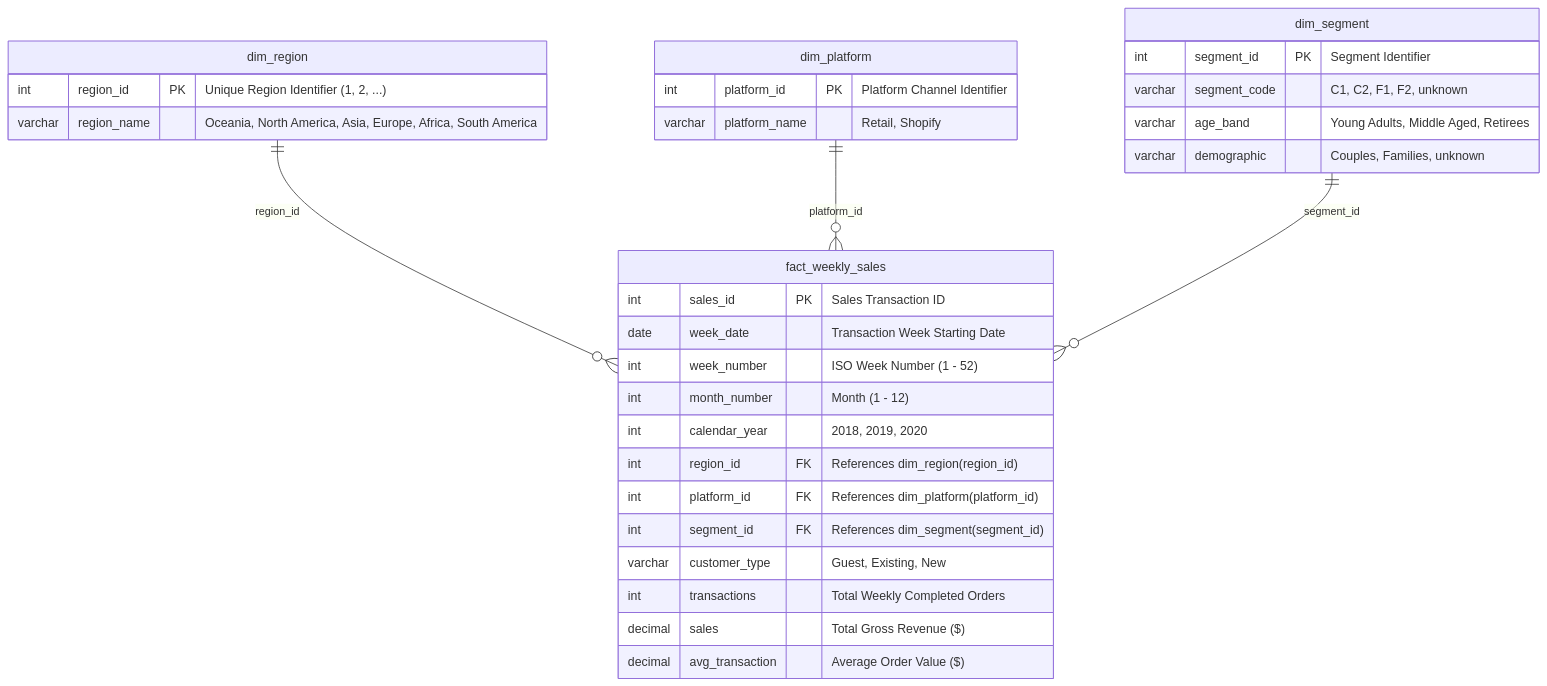
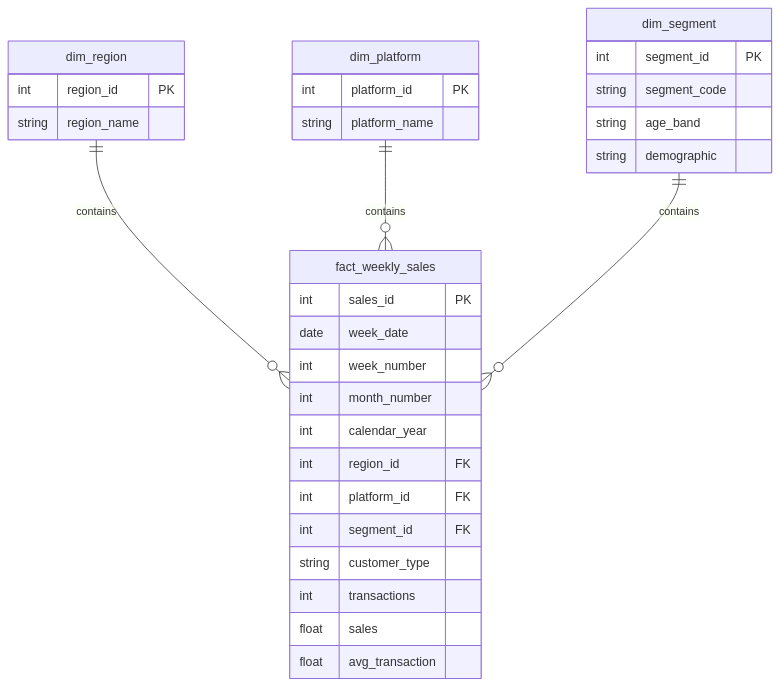
One commit to niranjana-105/Retail-Sales-Intelligence-Dashboard changed the diagram in README.md. Above: the diagram before and after it, drawn with Mermaid.

Commit message:
docs: fix Mermaid ER diagram syntax for GitHub markdown renderer

````diff
--- a/README.md
+++ b/README.md
@@ -38,38 +38,38 @@
 ```mermaid
 erDiagram
-    dim_region ||--o{ fact_weekly_sales : "region_id"
-    dim_platform ||--o{ fact_weekly_sales : "platform_id"
-    dim_segment ||--o{ fact_weekly_sales : "segment_id"
+    dim_region ||--o{ fact_weekly_sales : contains
+    dim_platform ||--o{ fact_weekly_sales : contains
+    dim_segment ||--o{ fact_weekly_sales : contains
 
     dim_region {
-        int region_id PK "Unique Region Identifier (1, 2, ...)"
-        varchar region_name "Oceania, North America, Asia, Europe, Africa, South America"
+        int region_id PK
+        string region_name
     }
 
     dim_platform {
-        int platform_id PK "Platform Channel Identifier"
-        varchar platform_name "Retail, Shopify"
+        int platform_id PK
+        string platform_name
     }
 
     dim_segment {
-        int segment_id PK "Segment Identifier"
-        varchar segment_code "C1, C2, F1, F2, unknown"
-        varchar age_band "Young Adults, Middle Aged, Retirees"
-        varchar demographic "Couples, Families, unknown"
+        int segment_id PK
+        string segment_code
+        string age_band
+        string demographic
     }
 
     fact_weekly_sales {
-        int sales_id PK "Sales Transaction ID"
-        date week_date "Transaction Week Starting Date"
-        int week_number "ISO Week Number (1 - 52)"
-        int month_number "Month (1 - 12)"
-        int calendar_year "2018, 2019, 2020"
-        int region_id FK "References dim_region(region_id)"
-        int platform_id FK "References dim_platform(platform_id)"
-        int segment_id FK "References dim_segment(segment_id)"
-        varchar customer_type "Guest, Existing, New"
-        int transactions "Total Weekly Completed Orders"
-        decimal sales "Total Gross Revenue ($)"
-        decimal avg_transaction "Average Order Value ($)"
+        int sales_id PK
+        date week_date
+        int week_number
+        int month_number
+        int calendar_year
+        int region_id FK
+        int platform_id FK
+        int segment_id FK
+        string customer_type
+        int transactions
+        float sales
+        float avg_transaction
     }
 ```
````
